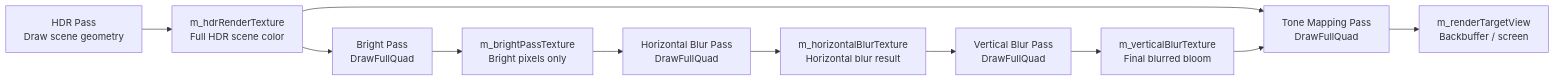
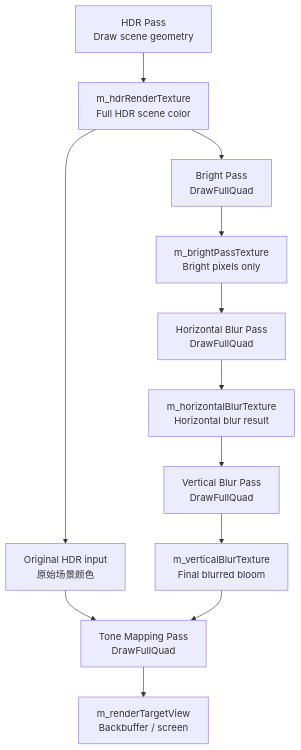
The diagram in rendering/Post-Processing-Pass.md (Edwin-ShiYang/Zion), drawn with Mermaid before and after one commit. The commit also changed 2 other files, not shown here.

Commit message:
vault backup: 2026-07-25 14:30:58

````diff
--- a/rendering/Post-Processing-Pass.md
+++ b/rendering/Post-Processing-Pass.md
@@ -24,13 +24,14 @@
 ```mermaid
-graph LR
+graph TD
     HDRPass["HDR Pass<br/>Draw scene geometry"] --> HDRTex["m_hdrRenderTexture<br/>Full HDR scene color"]
+    HDRTex --> OriginalInput["Original HDR input<br/>原始场景颜色"]
     HDRTex --> BrightPass["Bright Pass<br/>DrawFullQuad"]
     BrightPass --> BrightTex["m_brightPassTexture<br/>Bright pixels only"]
     BrightTex --> HBlur["Horizontal Blur Pass<br/>DrawFullQuad"]
     HBlur --> HBlurTex["m_horizontalBlurTexture<br/>Horizontal blur result"]
     HBlurTex --> VBlur["Vertical Blur Pass<br/>DrawFullQuad"]
     VBlur --> VBlurTex["m_verticalBlurTexture<br/>Final blurred bloom"]
-    HDRTex --> ToneMap["Tone Mapping Pass<br/>DrawFullQuad"]
+    OriginalInput --> ToneMap["Tone Mapping Pass<br/>DrawFullQuad"]
     VBlurTex --> ToneMap
     ToneMap --> Backbuffer["m_renderTargetView<br/>Backbuffer / screen"]
 ```
````
